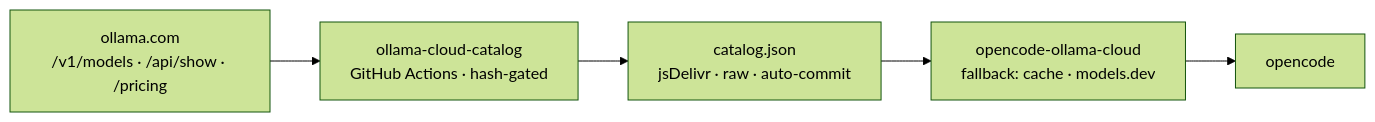
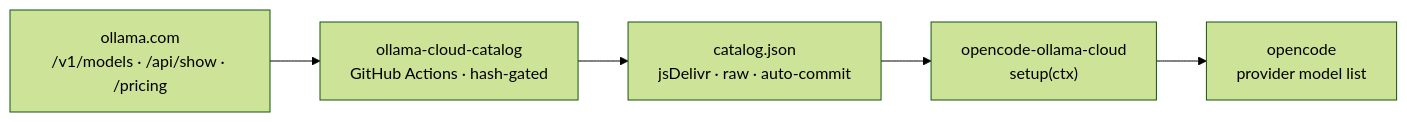
Before and after one commit to qunqin24/opendock: the diagram in src/data/readme/srnoob2570--opencode-ollama-cloud.md, drawn with Mermaid (forest theme). The commit also changed other lines of this file and 316 other files, not shown here.

````diff
--- a/src/data/readme/srnoob2570--opencode-ollama-cloud.md
+++ b/src/data/readme/srnoob2570--opencode-ollama-cloud.md
@@ -49,7 +42,7 @@
 ```mermaid
 flowchart LR
   A["ollama.com<br>/v1/models · /api/show · /pricing"] --> B["ollama-cloud-catalog<br>GitHub Actions · hash-gated"]
   B --> C["catalog.json<br>jsDelivr · raw · auto-commit"]
-  C --> D["opencode-ollama-cloud<br>fallback: cache · models.dev"]
-  D --> E["opencode"]
+  C --> D["opencode-ollama-cloud<br>setup(ctx)"]
+  D --> E["opencode<br>provider model list"]
 ```
````
